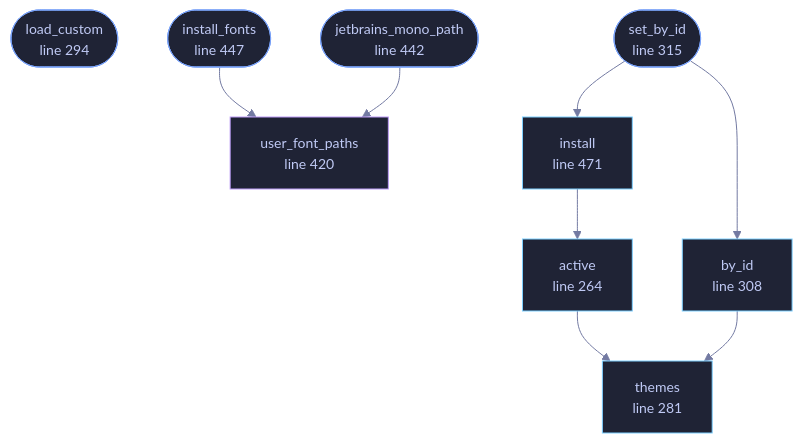
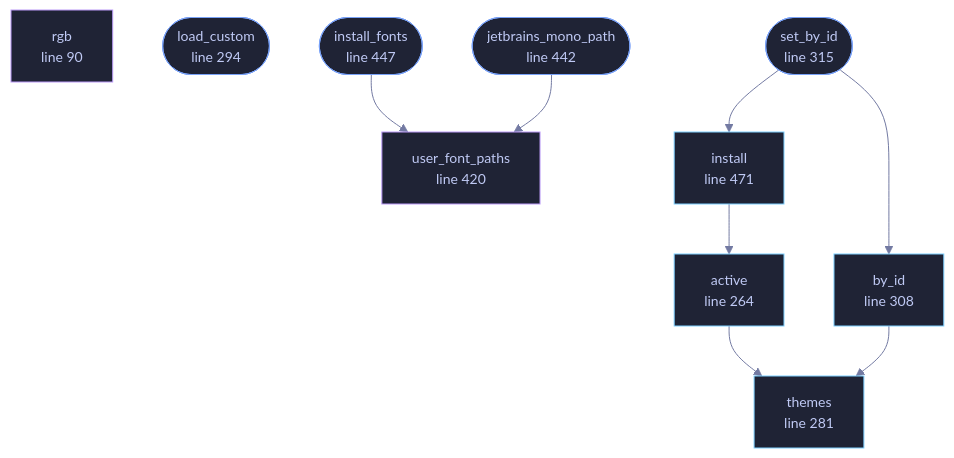
The diagram in docs/files/veilvoice-gui/theme.md (tilas01/veilvoice), drawn with Mermaid before and after one commit. The commit also changed other lines of this file and 21 other files, not shown here.

````diff
--- a/docs/files/veilvoice-gui/theme.md
+++ b/docs/files/veilvoice-gui/theme.md
@@ -97,35 +97,37 @@
 ```mermaid
 %%{init: {"theme":"base","themeVariables":{"background":"#1a1b26","primaryColor":"#1f2335","primaryTextColor":"#c0caf5","primaryBorderColor":"#7aa2f7","secondaryColor":"#16161e","tertiaryColor":"#16161e","lineColor":"#737aa2","textColor":"#c0caf5","mainBkg":"#1f2335","nodeBorder":"#7aa2f7","clusterBkg":"#16161e","clusterBorder":"#2f3549","fontFamily":"ui-monospace, SFMono-Regular, Consolas, monospace","fontSize":"14px"}}}%%
 flowchart TD
+    n_rgb["rgb<br/>line 90"]
     n_active["active<br/>line 264"]
     n_themes["themes<br/>line 281"]
     n_load_custom(["load_custom<br/>line 294"])
     n_by_id["by_id<br/>line 308"]
     n_set_by_id(["set_by_id<br/>line 315"])
     n_user_font_paths["user_font_paths<br/>line 420"]
     n_jetbrains_mono_path(["jetbrains_mono_path<br/>line 442"])
     n_install_fonts(["install_fonts<br/>line 447"])
     n_install["install<br/>line 471"]
     n_active --> n_themes
     n_by_id --> n_themes
     n_install --> n_active
     n_install_fonts --> n_user_font_paths
     n_jetbrains_mono_path --> n_user_font_paths
     n_set_by_id --> n_by_id
     n_set_by_id --> n_install
+    click n_rgb href "https://github.com/tilas01/veilvoice/blob/main/crates/veilvoice-gui/src/theme.rs#L90" "open the source"
     click n_active href "https://github.com/tilas01/veilvoice/blob/main/crates/veilvoice-gui/src/theme.rs#L264" "open the source"
     click n_themes href "https://github.com/tilas01/veilvoice/blob/main/crates/veilvoice-gui/src/theme.rs#L281" "open the source"
     click n_load_custom href "https://github.com/tilas01/veilvoice/blob/main/crates/veilvoice-gui/src/theme.rs#L294" "open the source"
     click n_by_id href "https://github.com/tilas01/veilvoice/blob/main/crates/veilvoice-gui/src/theme.rs#L308" "open the source"
     click n_set_by_id href "https://github.com/tilas01/veilvoice/blob/main/crates/veilvoice-gui/src/theme.rs#L315" "open the source"
     click n_user_font_paths href "https://github.com/tilas01/veilvoice/blob/main/crates/veilvoice-gui/src/theme.rs#L420" "open the source"
     click n_jetbrains_mono_path href "https://github.com/tilas01/veilvoice/blob/main/crates/veilvoice-gui/src/theme.rs#L442" "open the source"
     click n_install_fonts href "https://github.com/tilas01/veilvoice/blob/main/crates/veilvoice-gui/src/theme.rs#L447" "open the source"
     click n_install href "https://github.com/tilas01/veilvoice/blob/main/crates/veilvoice-gui/src/theme.rs#L471" "open the source"
     classDef entry fill:#1f2335,stroke:#7aa2f7,color:#c0caf5
     class n_load_custom,n_set_by_id,n_jetbrains_mono_path,n_install_fonts entry
     classDef api fill:#1f2335,stroke:#7dcfff,color:#c0caf5
     class n_active,n_themes,n_by_id,n_install api
     classDef helper fill:#1f2335,stroke:#bb9af7,color:#c0caf5
-    class n_user_font_paths helper
+    class n_rgb,n_user_font_paths helper
 ```
````
